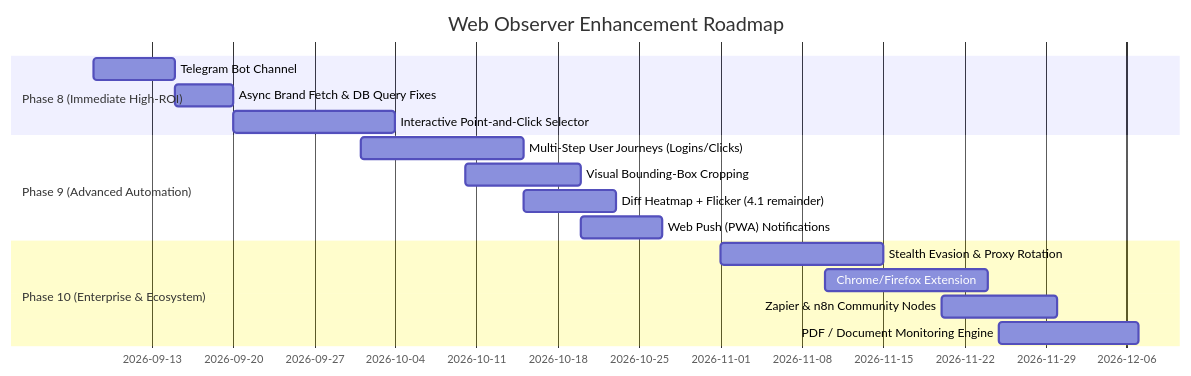
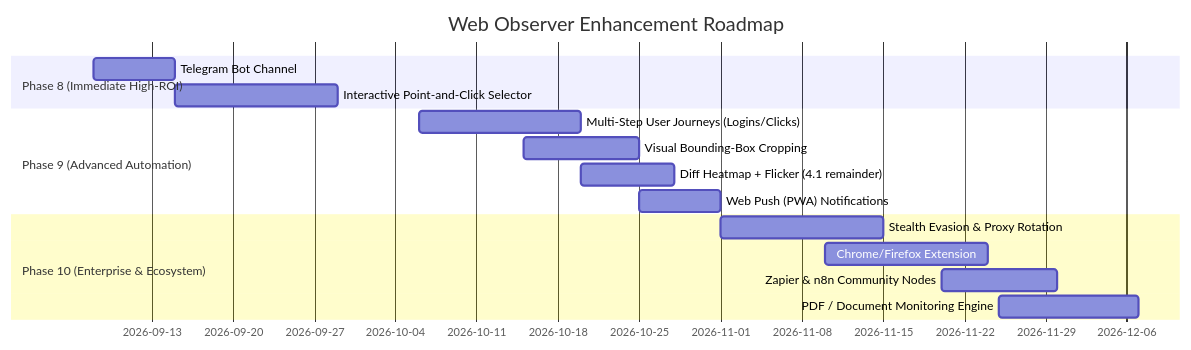
One commit to sunil-gumatimath/web-observer changed the diagram in docs/roadmap.md. Above: the diagram before and after it, drawn with Mermaid. The commit also changed other lines of this file, not shown here.

Commit message:
docs(roadmap): drop done hardening task from gantt, shift Phase 9 to remove overlap

````diff
--- a/docs/roadmap.md
+++ b/docs/roadmap.md
@@ -265,19 +267,18 @@
 ```mermaid
 gantt
     title Web Observer Enhancement Roadmap
     dateFormat  YYYY-MM-DD
     section Phase 8 (Immediate High-ROI)
     Telegram Bot Channel                   :p8telegram, 2026-09-08, 7d
-    Async Brand Fetch & DB Query Fixes     :p8hard, after p8telegram, 5d
-    Interactive Point-and-Click Selector   :p8selector, after p8hard, 14d
+    Interactive Point-and-Click Selector   :p8selector, after p8telegram, 14d
     section Phase 9 (Advanced Automation)
-    Multi-Step User Journeys (Logins/Clicks) :2026-10-01, 14d
-    Visual Bounding-Box Cropping           :2026-10-10, 10d
-    Diff Heatmap + Flicker (4.1 remainder) :2026-10-15, 8d
-    Web Push (PWA) Notifications           :2026-10-20, 7d
+    Multi-Step User Journeys (Logins/Clicks) :2026-10-06, 14d
+    Visual Bounding-Box Cropping           :2026-10-15, 10d
+    Diff Heatmap + Flicker (4.1 remainder) :2026-10-20, 8d
+    Web Push (PWA) Notifications           :2026-10-25, 7d
     section Phase 10 (Enterprise & Ecosystem)
     Stealth Evasion & Proxy Rotation       :2026-11-01, 14d
     Chrome/Firefox Extension               :2026-11-10, 14d
     Zapier & n8n Community Nodes           :2026-11-20, 10d
     PDF / Document Monitoring Engine       :2026-11-25, 12d
 ```
````
